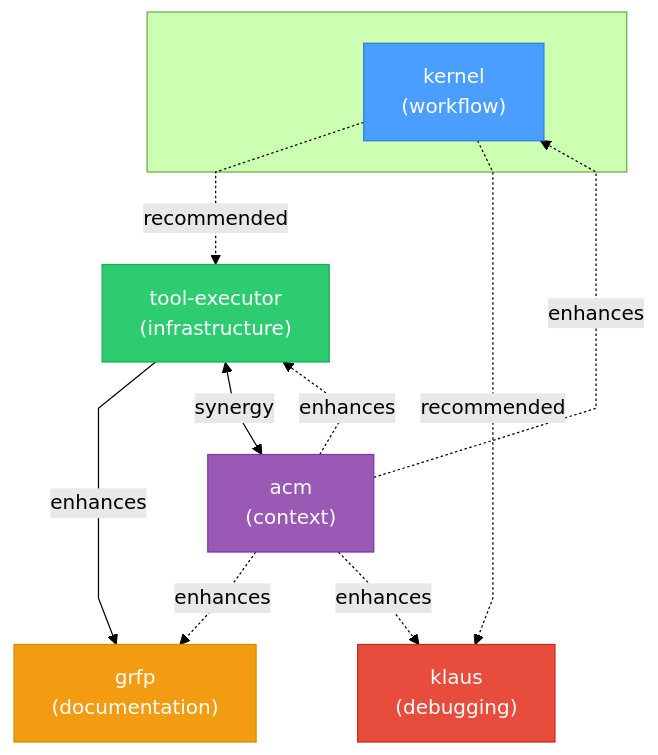
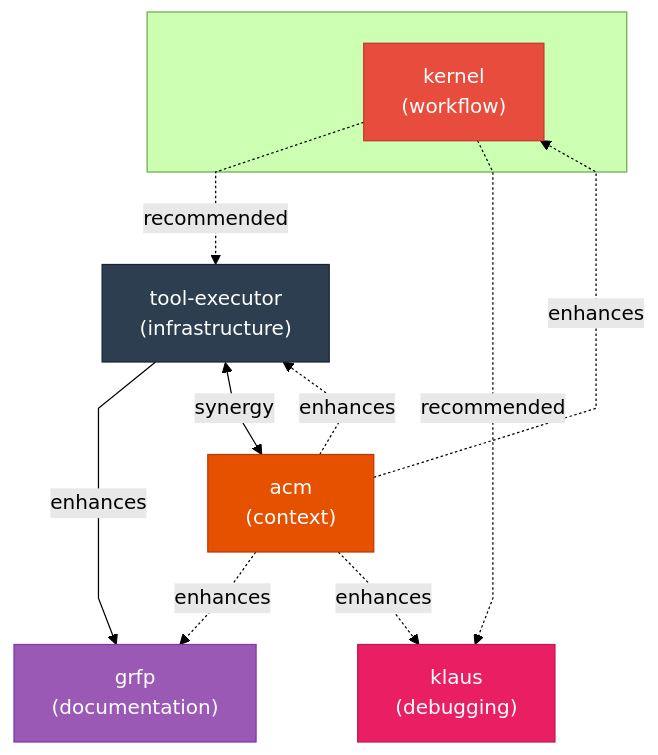
One commit to elb-pr/claudikins-marketplace changed the diagram in README.md. Above: the diagram before and after it, drawn with Mermaid (forest theme). The commit also changed other lines of this file, not shown here.

Commit message:
fix: make table of contents collapsible

````diff
--- a/README.md
+++ b/README.md
@@ -36,28 +39,28 @@
 ```mermaid
 %%{init: {'flowchart': {'curve': 'linear'}}}%%
 flowchart TB
     subgraph core[" "]
         kernel["kernel<br/>(workflow)"]
     end
 
     toolexec["tool-executor<br/>(infrastructure)"]
     grfp["grfp<br/>(documentation)"]
     klaus["klaus<br/>(debugging)"]
     acm["acm<br/>(context)"]
 
     kernel -.->|recommended| toolexec
     kernel -.->|recommended| klaus
     toolexec -->|enhances| grfp
     toolexec <-->|synergy| acm
 
     acm -.->|enhances| kernel
     acm -.->|enhances| toolexec
     acm -.->|enhances| grfp
     acm -.->|enhances| klaus
 
-    style kernel fill:#4a9eff,stroke:#2a7edf,color:#fff
-    style acm fill:#9b59b6,stroke:#7b39a6,color:#fff
-    style toolexec fill:#2ecc71,stroke:#1eac51,color:#fff
-    style grfp fill:#f39c12,stroke:#d38c02,color:#fff
-    style klaus fill:#e74c3c,stroke:#c72c1c,color:#fff
+    style kernel fill:#e74c3c,stroke:#c0392b,color:#fff
+    style toolexec fill:#2c3e50,stroke:#1a252f,color:#fff
+    style grfp fill:#9b59b6,stroke:#7b39a6,color:#fff
+    style klaus fill:#e91e63,stroke:#c2185b,color:#fff
+    style acm fill:#e65100,stroke:#bf360c,color:#fff
 ```
````
